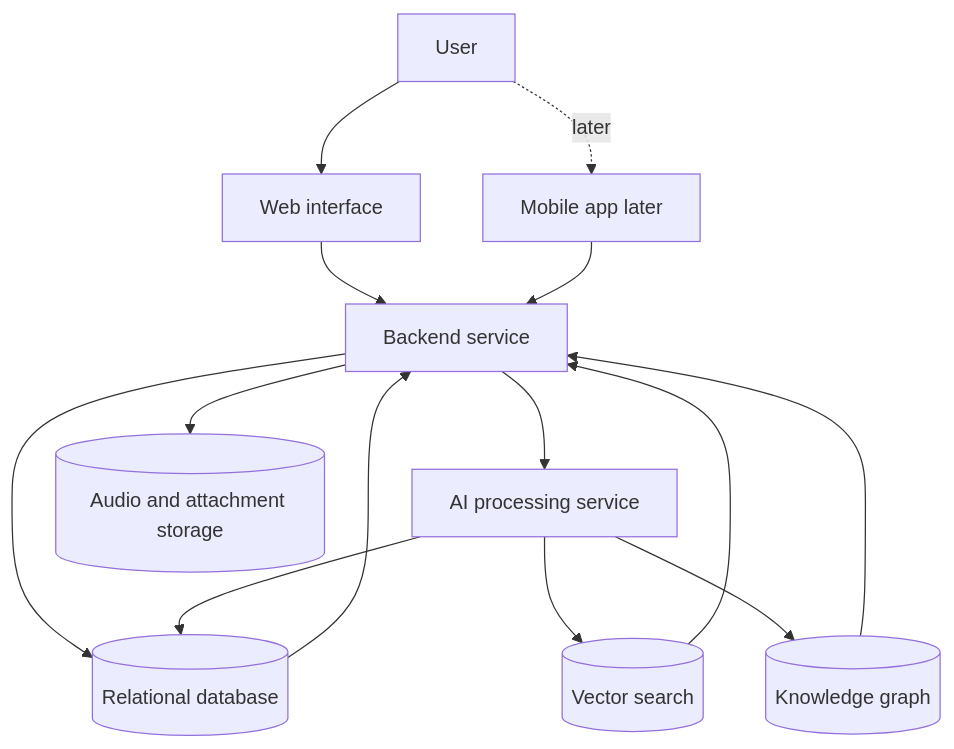
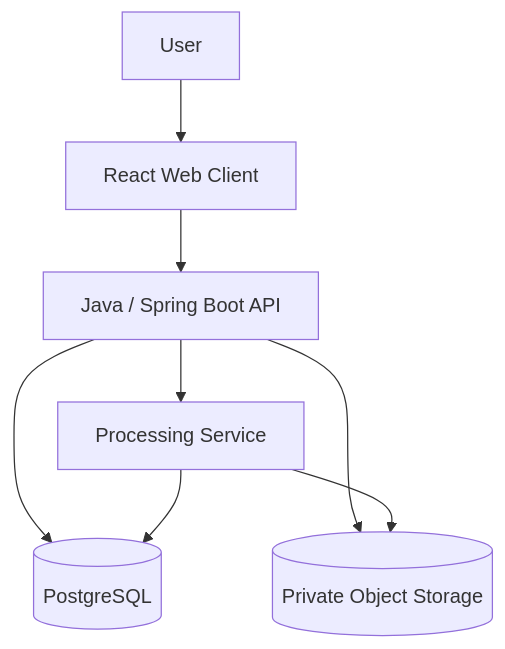
Before and after one commit to adityavarmachandika/aham-docs: the first of 2 diagrams in canvas/architecture/system-overview.md, drawn with Mermaid. The commit also changed other lines of this file and 11 other files, not shown here.

Commit message:
docs: formalize AHAM Phase 1 product and architecture

````diff
--- a/canvas/architecture/system-overview.md
+++ b/canvas/architecture/system-overview.md
@@ -5,26 +5,17 @@
 ```mermaid
 flowchart TB
     U[User]
-    WEB[Web interface]
-    APP[Mobile app later]
-    API[Backend service]
-    AI[AI processing service]
-    SQL[(Relational database)]
-    VEC[(Vector search)]
-    KG[(Knowledge graph)]
-    FILES[(Audio and attachment storage)]
+    WEB[React Web Client]
+    API[Java / Spring Boot API]
+    AI[Processing Service]
+    SQL[(PostgreSQL)]
+    OBJ[(Private Object Storage)]
 
     U --> WEB
-    U -. later .-> APP
     WEB --> API
-    APP --> API
+    API --> SQL
+    API --> OBJ
     API --> AI
-    API --> SQL
-    API --> FILES
     AI --> SQL
-    AI --> VEC
-    AI --> KG
-    SQL --> API
-    VEC --> API
-    KG --> API
+    AI --> OBJ
 ```
````
